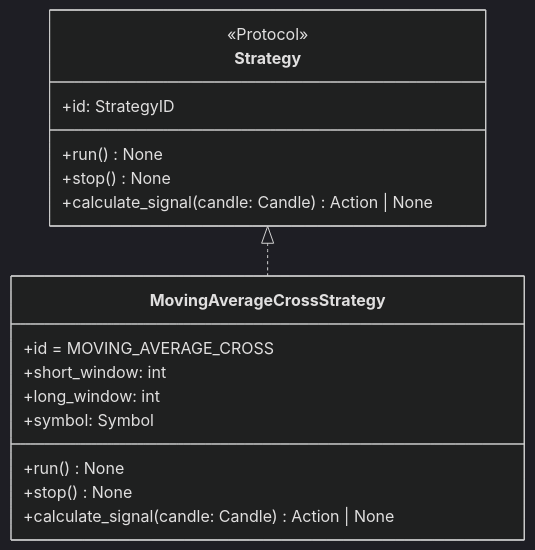
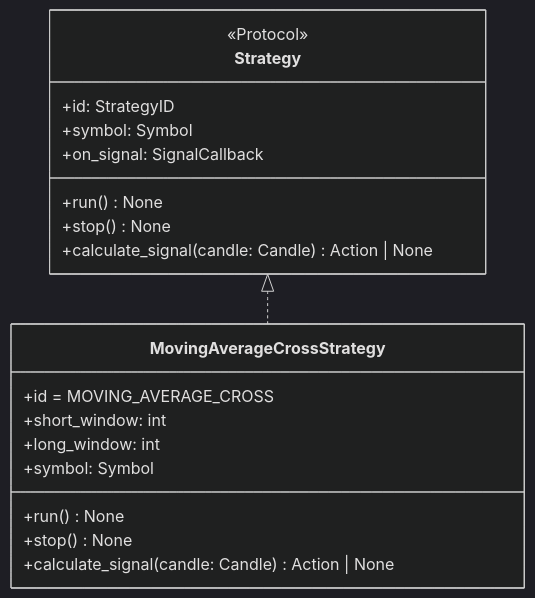
Before and after one commit to SeyhmusGuler/goat: the fifth of 8 diagrams in ARCHITECTURE.md, drawn with Mermaid (dark theme). The commit also changed other lines of this file and 2 other files, not shown here.

````diff
--- a/ARCHITECTURE.md
+++ b/ARCHITECTURE.md
@@ -205,21 +208,23 @@
 ```mermaid
 classDiagram
     class Strategy {
         <<Protocol>>
         +id: StrategyID
+        +symbol: Symbol
+        +on_signal: SignalCallback
         +run() None
         +stop() None
         +calculate_signal(candle: Candle) Action | None
     }
     class MovingAverageCrossStrategy {
         +id = MOVING_AVERAGE_CROSS
         +short_window: int
         +long_window: int
         +symbol: Symbol
         +run() None
         +stop() None
         +calculate_signal(candle: Candle) Action | None
     }
     
     Strategy <|.. MovingAverageCrossStrategy
 ```
````
